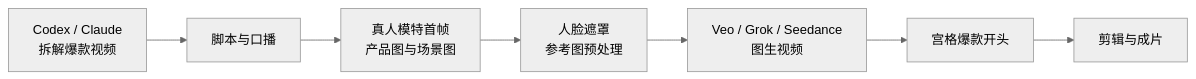
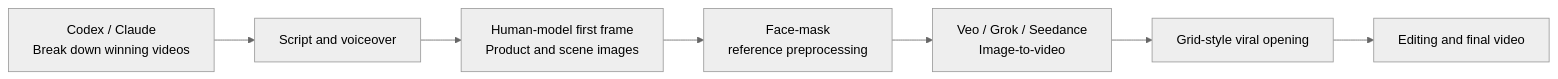
Before and after one commit to Longxiaohao/AIvideo: the diagram in README.md, drawn with Mermaid (neutral theme). The commit also changed other lines of this file and 2 other files, not shown here.

````diff
--- a/README.md
+++ b/README.md
@@ -30,9 +30,9 @@
 ```mermaid
 flowchart LR
-    A["Codex / Claude<br/>拆解爆款视频"] --> B["脚本与口播"]
-    B --> C["真人模特首帧<br/>产品图与场景图"]
-    C --> D["人脸遮罩<br/>参考图预处理"]
-    D --> E["Veo / Grok / Seedance<br/>图生视频"]
-    E --> F["宫格爆款开头"]
-    F --> G["剪辑与成片"]
+    A["Codex / Claude<br/>Break down winning videos"] --> B["Script and voiceover"]
+    B --> C["Human-model first frame<br/>Product and scene images"]
+    C --> D["Face-mask<br/>reference preprocessing"]
+    D --> E["Veo / Grok / Seedance<br/>Image-to-video"]
+    E --> F["Grid-style viral opening"]
+    F --> G["Editing and final video"]
 ```
````
